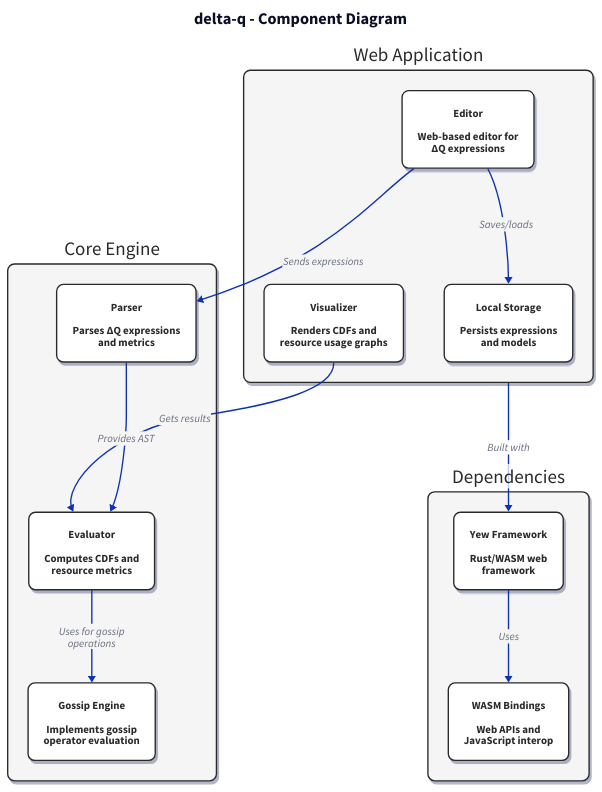
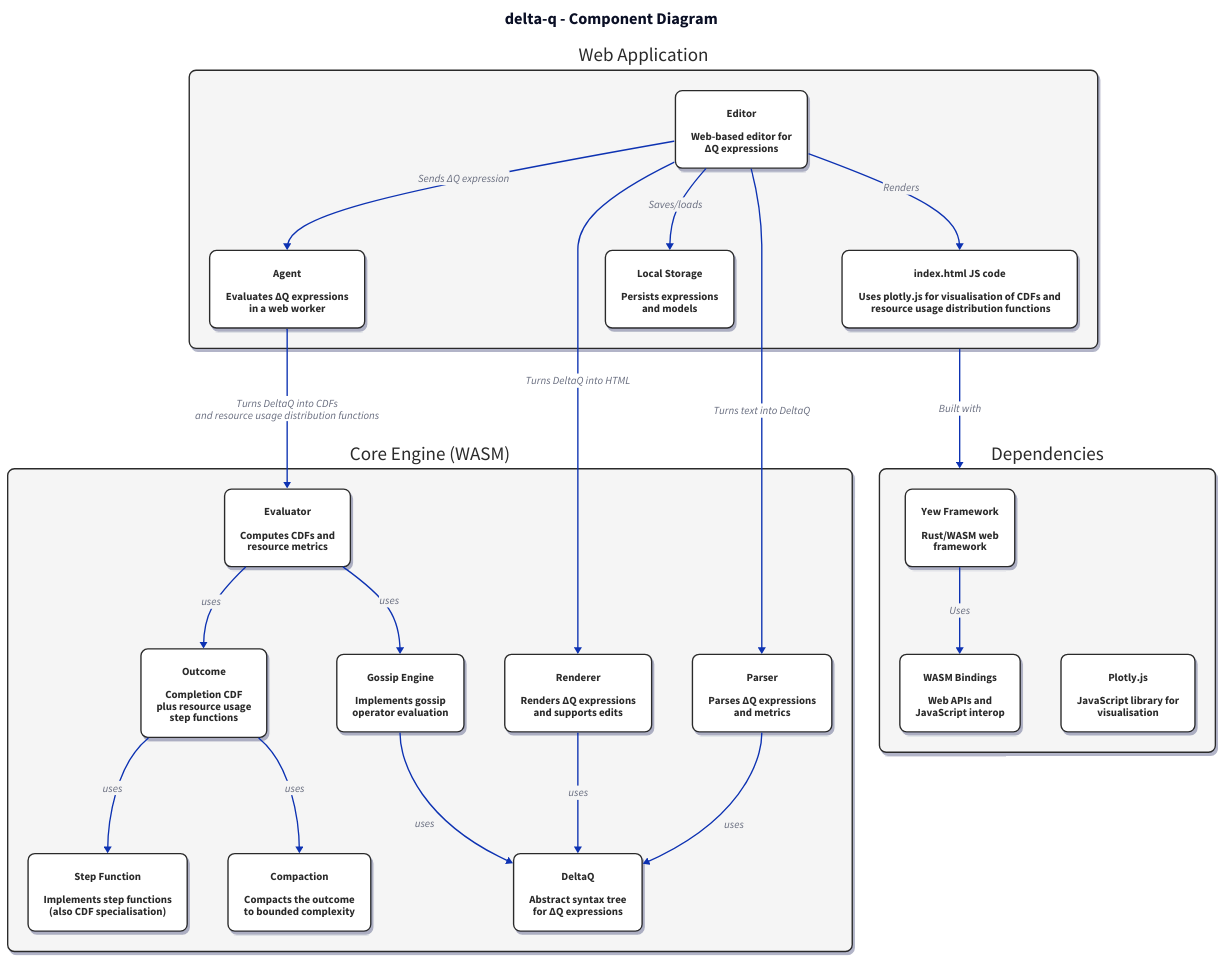
The diagram in delta_q/docs/overview.d2 (input-output-hk/ouroboros-leios), drawn with D2 before and after one commit. The commit also changed 1 other file, not shown here.

Commit message:
update delta_q d2 diagram

```diff
--- a/delta_q/docs/overview.d2
+++ b/delta_q/docs/overview.d2
@@ -1,105 +1,151 @@
 title: {
   label: "delta-q - Component Diagram"
   near: top-center
   shape: text
   style.font-size: 24
   style.bold: true
 }
 
 # Styles
 classes: {
   component: {
     style: {
       stroke: "#2a2a2a"
       fill: "#ffffff"
       font-color: "#2a2a2a"
       border-radius: 10
       shadow: true
     }
   }
   container: {
     style: {
       stroke: "#2a2a2a"
       fill: "#f5f5f5"
       font-color: "#2a2a2a"
       border-radius: 10
       shadow: true
     }
   }
   subcomponent: {
     style: {
       stroke: "#666666"
       fill: "#ffffff"
       font-color: "#2a2a2a"
       border-radius: 5
       shadow: false
     }
   }
 }
 
 # Web Application Container
 web-app: {
   class: container
   label: "Web Application"
 
   editor: {
     class: component
     label: "Editor\n\nWeb-based editor for\nΔQ expressions"
   }
 
-  visualizer: {
+  agent: {
     class: component
-    label: "Visualizer\n\nRenders CDFs and\nresource usage graphs"
+    label: "Agent\n\nEvaluates ΔQ expressions\nin a web worker"
+  }
+
+  index: {
+    class: component
+    label: index.html JS code\n\n Uses plotly.js for visualisation of CDFs and\n resource usage distribution functions
   }
 
   storage: {
     class: component
     label: "Local Storage\n\nPersists expressions\nand models"
   }
+
+  editor -> storage: "Saves/loads"
+  editor -> agent: "Sends ΔQ expression"
+  editor -> index: "Renders"
 }
 
 # Core Engine Container
 core: {
   class: container
-  label: "Core Engine"
+  label: "Core Engine (WASM)"
 
   parser: {
     class: component
     label: "Parser\n\nParses ΔQ expressions\nand metrics"
+  }
+
+  renderer: {
+    class: component
+    label: "Renderer\n\nRenders ΔQ expressions\nand supports edits"
   }
 
   evaluator: {
     class: component
     label: "Evaluator\n\nComputes CDFs and\nresource metrics"
   }
 
   gossip: {
     class: component
     label: "Gossip Engine\n\nImplements gossip\noperator evaluation"
   }
+
+  step_function: {
+    class: component
+    label: "Step Function\n\nImplements step functions\n(also CDF specialisation)"
+  }
+
+  outcome: {
+    class: component
+    label: "Outcome\n\nCompletion CDF\nplus resource usage\nstep functions"
+  }
+
+  compaction: {
+    class: component
+    label: "Compaction\n\nCompacts the outcome\nto bounded complexity"
+  }
+
+  ast: {
+    class: component
+    label: "DeltaQ\n\nAbstract syntax tree\nfor ΔQ expressions"
+  }
+
+  evaluator -> gossip: "uses"
+  evaluator -> outcome: "uses"
+  outcome -> step_function: "uses"
+  outcome -> compaction: "uses"
+  parser -> ast: "uses"
+  renderer -> ast: "uses"
+  gossip -> ast: "uses"
 }
 
 # Dependencies Container
 deps: {
   class: container
   label: "Dependencies"
 
   yew: {
     class: component
     label: "Yew Framework\n\nRust/WASM web\nframework"
   }
 
   wasm: {
     class: component
     label: "WASM Bindings\n\nWeb APIs and\nJavaScript interop"
   }
+
+  plotly: {
+    class: component
+    label: "Plotly.js\n\nJavaScript library for\nvisualisation"
+  }
+
+  yew -> wasm: "Uses"
 }
 
 # Relationships
-web-app.editor -> core.parser: "Sends expressions"
-web-app.editor -> web-app.storage: "Saves/loads"
-web-app.visualizer -> core.evaluator: "Gets results"
-core.parser -> core.evaluator: "Provides AST"
-core.evaluator -> core.gossip: "Uses for gossip\noperations"
-web-app -> deps.yew: "Built with"
-deps.yew -> deps.wasm: "Uses"
+web-app.editor -> core.parser: "Turns text into DeltaQ"
+web-app.agent -> core.evaluator: "Turns DeltaQ into CDFs\nand resource usage distribution functions"
+web-app.editor -> core.renderer: "Turns DeltaQ into HTML"
+web-app -> deps: "Built with"
```
